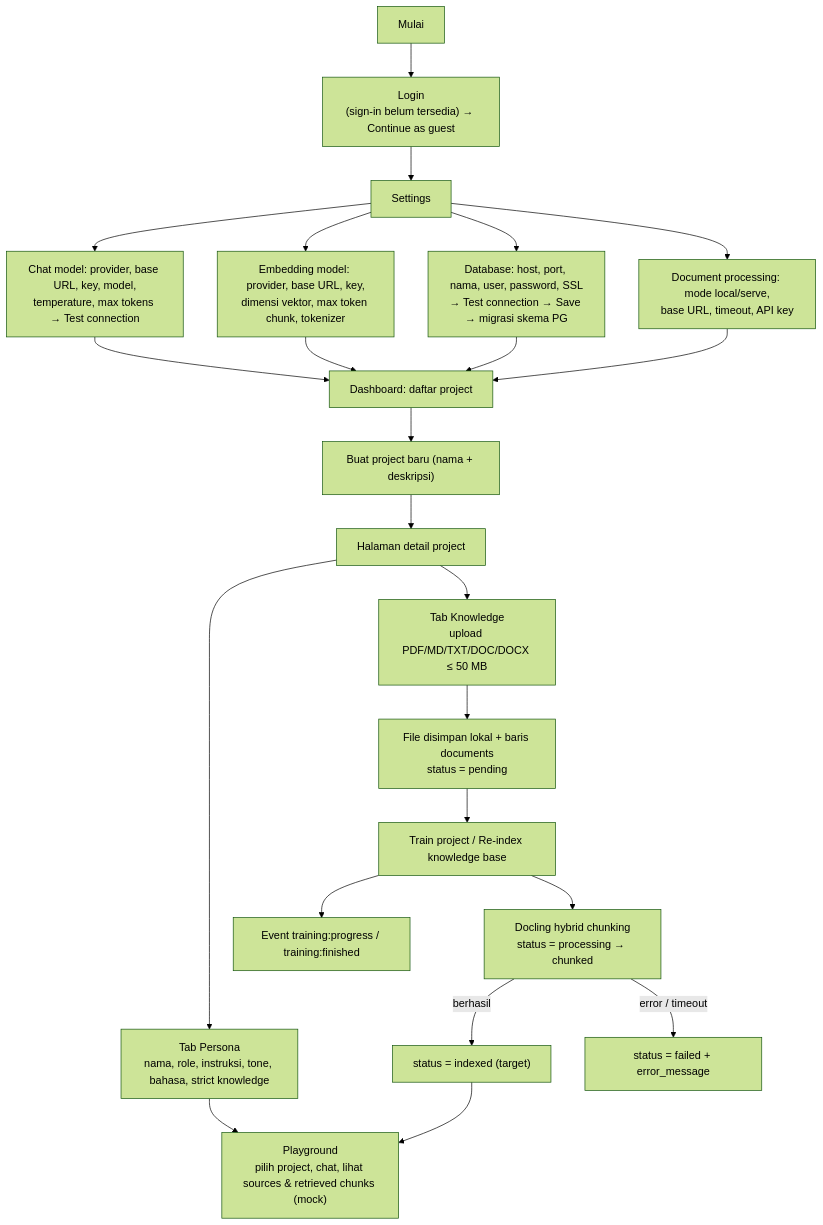
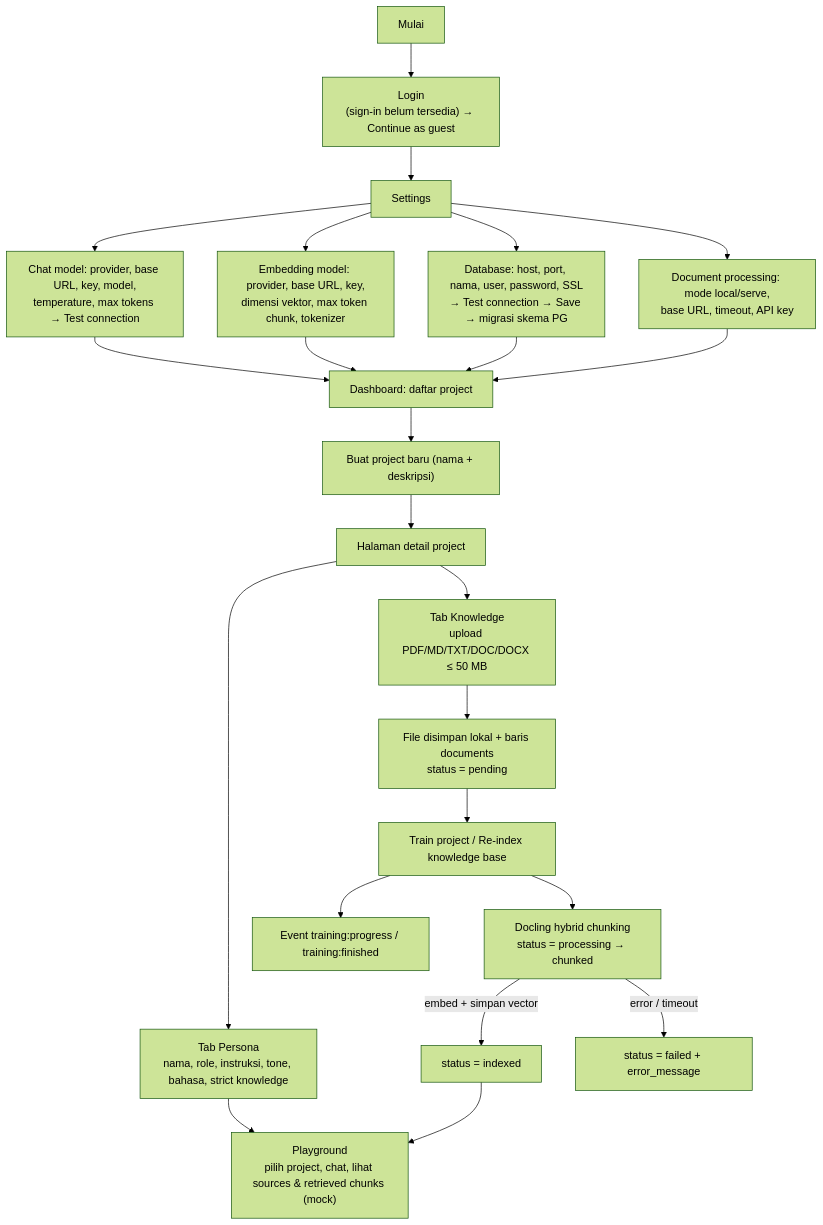
Before and after one commit to RP-Guruh/rag-studio: the second of 4 diagrams in README.md, drawn with Mermaid (forest theme). The commit also changed other lines of this file and 73 other files, not shown here.

````diff
--- a/README.md
+++ b/README.md
@@ -106,25 +109,25 @@
 ```mermaid
 flowchart TD
     A["Mulai"] --> B["Login<br/>(sign-in belum tersedia) → Continue as guest"]
     B --> C["Settings"]
     C --> C1["Chat model: provider, base URL, key, model,<br/>temperature, max tokens → Test connection"]
     C --> C2["Embedding model: provider, base URL, key,<br/>dimensi vektor, max token chunk, tokenizer"]
     C --> C3["Database: host, port, nama, user, password, SSL<br/>→ Test connection → Save → migrasi skema PG"]
     C --> C4["Document processing: mode local/serve,<br/>base URL, timeout, API key"]
     C1 --> D["Dashboard: daftar project"]
     C2 --> D
     C3 --> D
     C4 --> D
     D --> E["Buat project baru (nama + deskripsi)"]
     E --> F["Halaman detail project"]
     F --> G["Tab Persona<br/>nama, role, instruksi, tone, bahasa, strict knowledge"]
     F --> H["Tab Knowledge<br/>upload PDF/MD/TXT/DOC/DOCX ≤ 50 MB"]
     H --> I["File disimpan lokal + baris documents<br/>status = pending"]
     I --> J["Train project / Re-index knowledge base"]
     J --> K["Docling hybrid chunking<br/>status = processing → chunked"]
-    K -->|"berhasil"| L["status = indexed (target)"]
+    K -->|"embed + simpan vector"| L["status = indexed"]
     K -->|"error / timeout"| M["status = failed + error_message"]
     J --> N["Event training:progress / training:finished"]
     G --> O["Playground<br/>pilih project, chat, lihat sources & retrieved chunks (mock)"]
     L --> O
 ```
````
